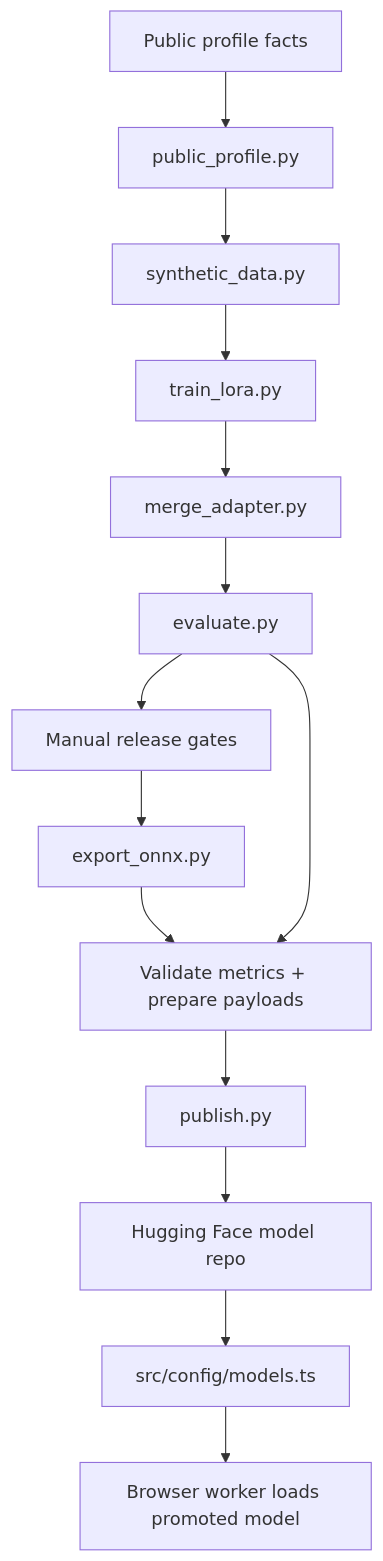
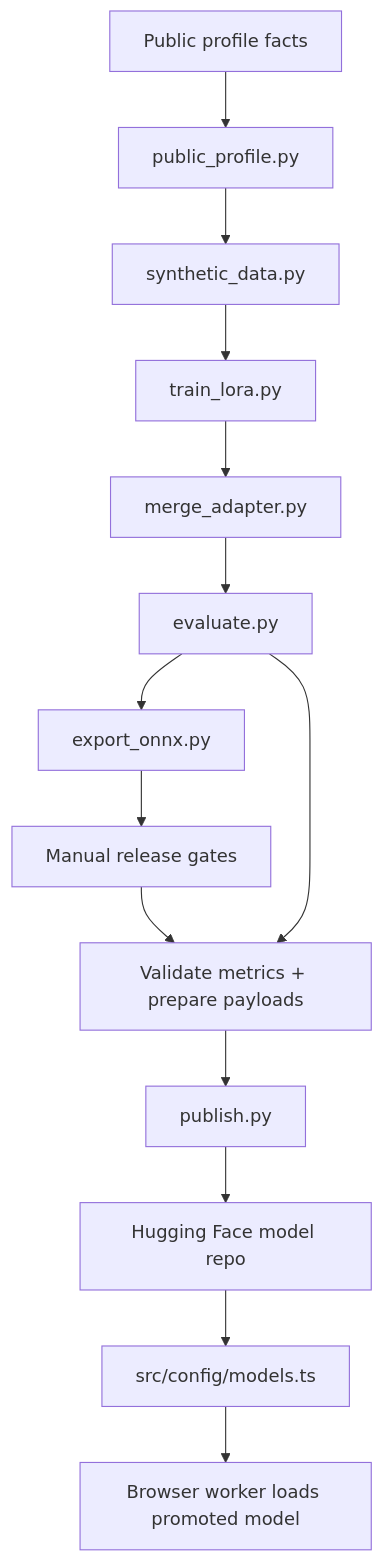
One commit to justinthelaw/justinthelaw changed the fourth of 4 diagrams in docs/DIAGRAMS.md. Above: the diagram before and after it, drawn with Mermaid. The commit also changed 5 other files, not shown here.

````diff
--- a/docs/DIAGRAMS.md
+++ b/docs/DIAGRAMS.md
@@ -100,16 +100,16 @@
 ```mermaid
 flowchart TD
   facts["Public profile facts"] --> pyProfile["public_profile.py"]
   pyProfile --> data["synthetic_data.py"]
   data --> train["train_lora.py"]
   train --> merge["merge_adapter.py"]
   merge --> eval["evaluate.py"]
-  eval --> manualGate["Manual release gates"]
-  manualGate --> export["export_onnx.py"]
-  export --> artifacts["Validate metrics + prepare payloads"]
+  eval --> export["export_onnx.py"]
+  export --> manualGate["Manual release gates"]
+  manualGate --> artifacts["Validate metrics + prepare payloads"]
   eval --> artifacts
   artifacts --> publish["publish.py"]
   publish --> hfRepo["Hugging Face model repo"]
   hfRepo --> modelConfig["src/config/models.ts"]
   modelConfig --> browser["Browser worker loads promoted model"]
 ```
````
